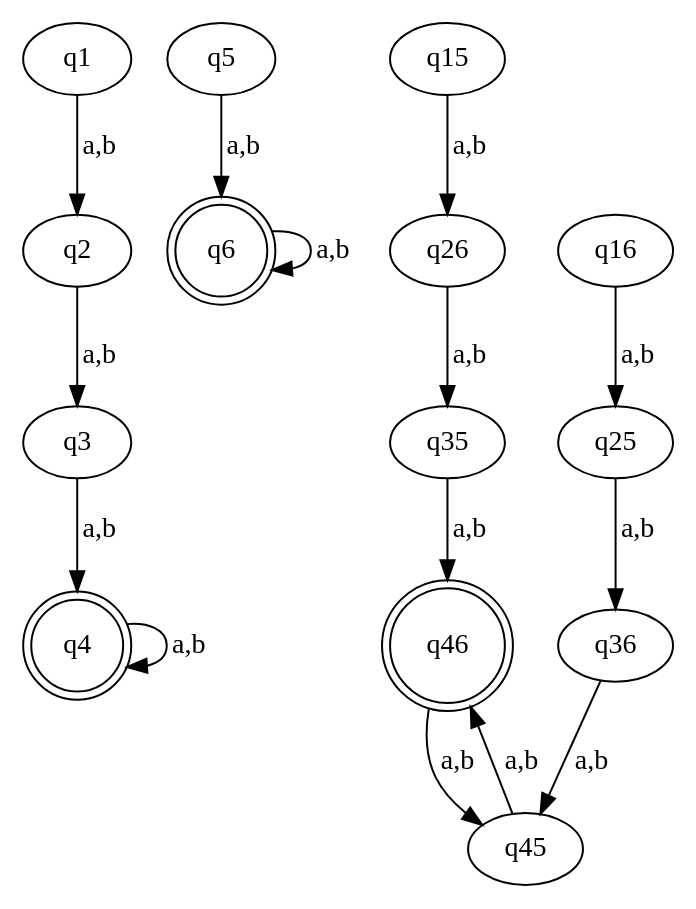
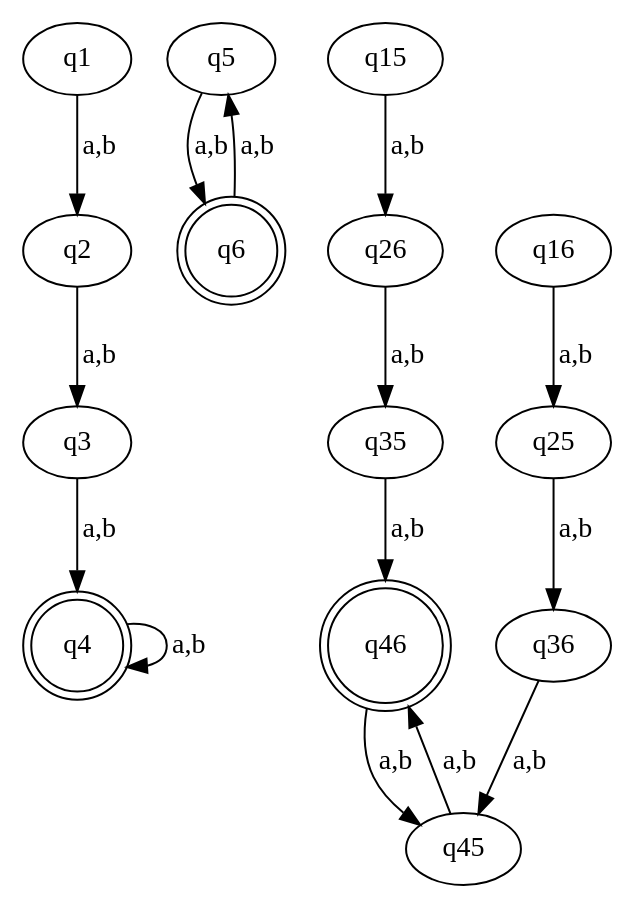
The diagram in Task2/2_2.gv (NRU-MPEI-IMAI/git-Edmelissa), drawn with Graphviz before and after one commit.

```diff
--- a/Task2/2_2.gv
+++ b/Task2/2_2.gv
@@ -1,37 +1,37 @@
 digraph G2
 {
     n1 [label = q1]
     n2 [label = q2]
     n3 [label = q3]
     n4 [label = q4 , shape = doublecircle]
 	
-	n1 -> n2 [label = "a,b"]
-	n2 -> n3 [label = "a,b"]
-	n3 -> n4 [label = "a,b"]
-	n4 -> n4 [label = "a,b"]
+    n1 -> n2 [label = "a,b"]
+    n2 -> n3 [label = "a,b"]
+    n3 -> n4 [label = "a,b"]
+    n4 -> n4 [label = "a,b"]
 	
     n5 [label = q5]
     n6 [label = q6, shape = doublecircle]
-	
-	n5 -> n6 [label = "a,b"]
-	n6 -> n6 [label = "a,b"]
+    
+    n5 -> n6 [label = "a,b"]
+    n6 -> n5 [label = "a,b"]
 	
     n15 [label = q15]
     n16 [label = q16]
     n25 [label = q25]
     n26 [label = q26]
     n35 [label = q35]
     n36 [label = q36]
     n45 [label = q45]
     n46 [label = q46, shape = doublecircle]
     
 
     n15 -> n26 [label = "a,b"]
     n16 -> n25 [label = "a,b"]
     n25 -> n36 [label = "a,b"]
     n26 -> n35 [label = "a,b"]
     n35 -> n46 [label = "a,b"]
     n36 -> n45 [label = "a,b"]
     n45 -> n46 [label = "a,b"]
     n46 -> n45 [label = "a,b"]
 }
```
